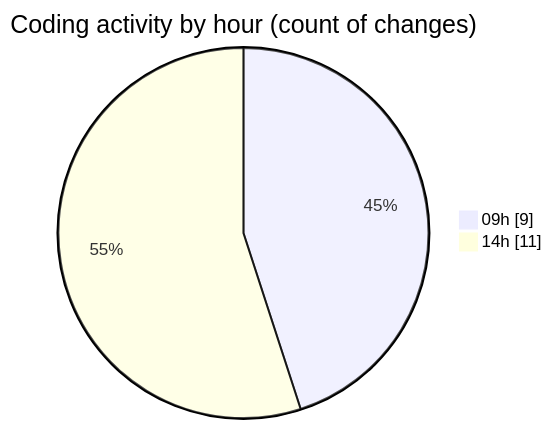
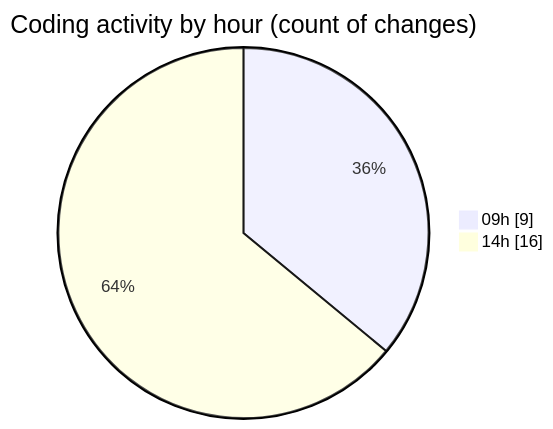
One commit to julien-gomy/code-tracking changed the second of 2 diagrams in 2025-11-25/eventscop-frontend-guide__workspace_/README.md. Above: the diagram before and after it, drawn with Mermaid. The commit also changed other lines of this file and 1 other file, not shown here.

````diff
--- a/2025-11-25/eventscop-frontend-guide__workspace_/README.md
+++ b/2025-11-25/eventscop-frontend-guide__workspace_/README.md
@@ -40,6 +43,6 @@
 ```mermaid
 pie showData
 title Coding activity by hour (count of changes)
 "09h" : 9
-"14h" : 11
+"14h" : 16
 ```
````
